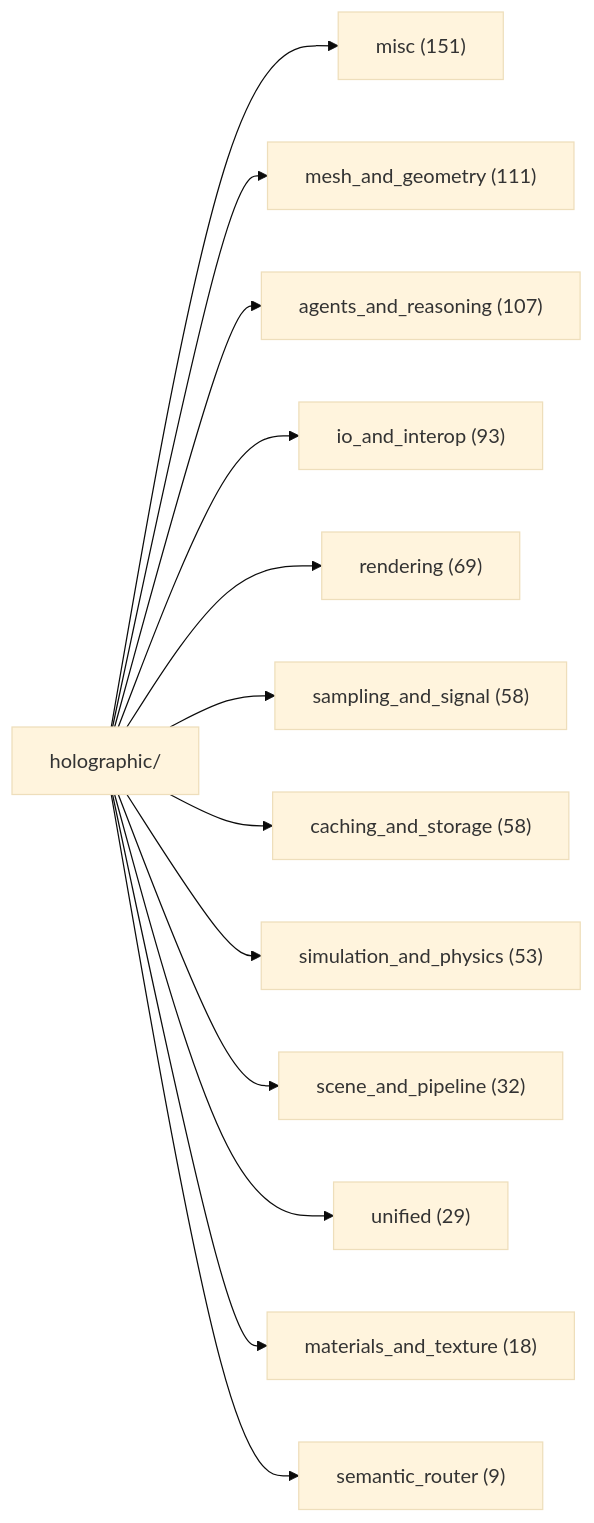
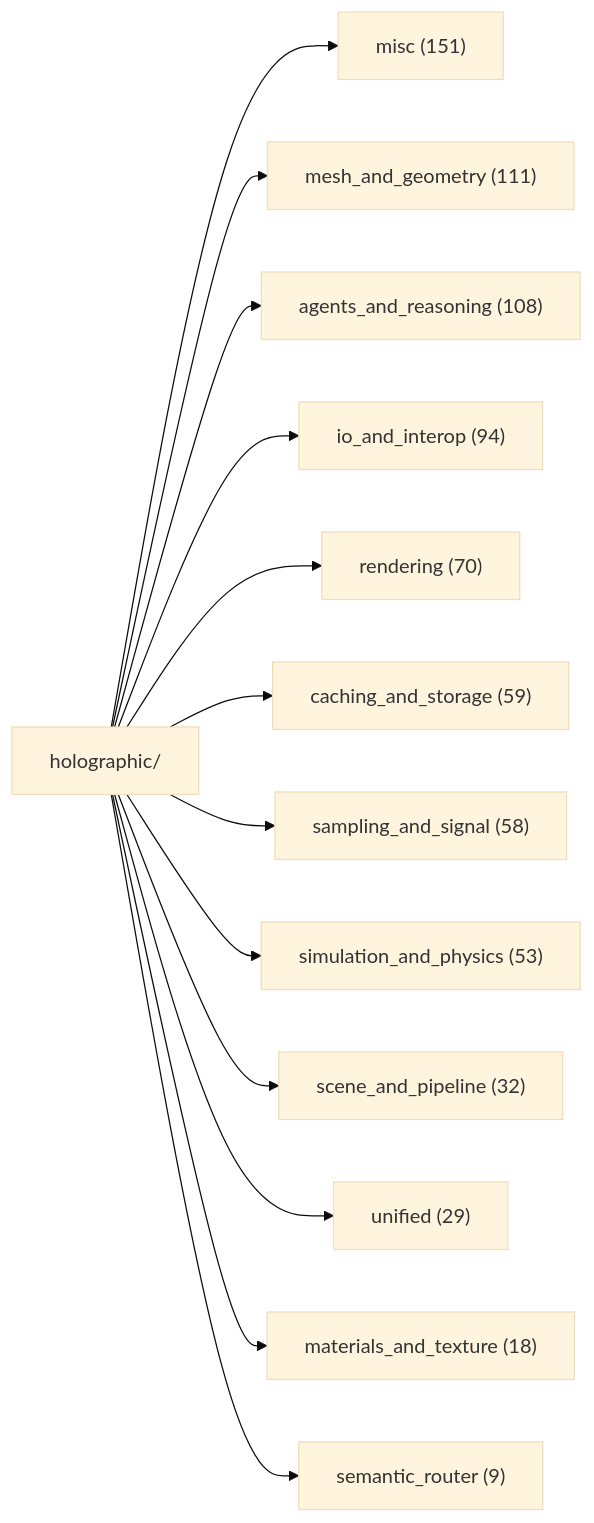
One commit to AnOversizedMooseWithSocks/leCore changed the first of 2 diagrams in docs/DOC_MAP.md. Above: the diagram before and after it, drawn with Mermaid (base theme). The commit also changed other lines of this file and 86 other files, not shown here.

````diff
--- a/docs/DOC_MAP.md
+++ b/docs/DOC_MAP.md
@@ -39,16 +39,16 @@
 ```mermaid
 graph LR
     H[holographic/]
     H --> misc["misc (151)"]
     H --> mesh["mesh_and_geometry (111)"]
-    H --> agen["agents_and_reasoning (107)"]
-    H --> io_a["io_and_interop (93)"]
-    H --> rend["rendering (69)"]
+    H --> agen["agents_and_reasoning (108)"]
+    H --> io_a["io_and_interop (94)"]
+    H --> rend["rendering (70)"]
+    H --> cach["caching_and_storage (59)"]
     H --> samp["sampling_and_signal (58)"]
-    H --> cach["caching_and_storage (58)"]
     H --> simu["simulation_and_physics (53)"]
     H --> scen["scene_and_pipeline (32)"]
     H --> unif["unified (29)"]
     H --> mate["materials_and_texture (18)"]
     H --> sema["semantic_router (9)"]
 ```
````
